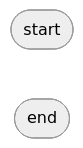
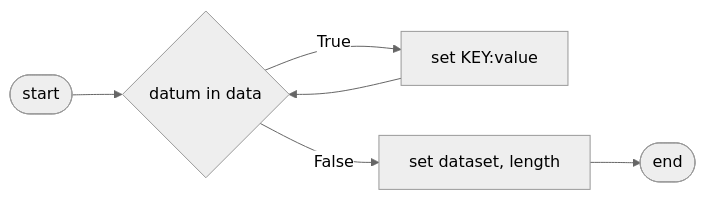
The third of 5 diagrams in scripts/table/design.md (7s4e/p3), drawn with Mermaid (neutral theme) before and after one commit. The commit also changed other lines of this file, not shown here.

````diff
--- a/scripts/table/design.md
+++ b/scripts/table/design.md
@@ -100,5 +104,13 @@
 ```mermaid
 flowchart LR
     STR([start])
+        STR --> DATA
+    DATA{datum in data}
+        DATA -- True --> CAP
+        DATA -- False --> SET
+    CAP[set KEY:value]
+        CAP --> DATA
+    SET[set dataset, length]
+        SET --> END
     END([end])
 ```
````
